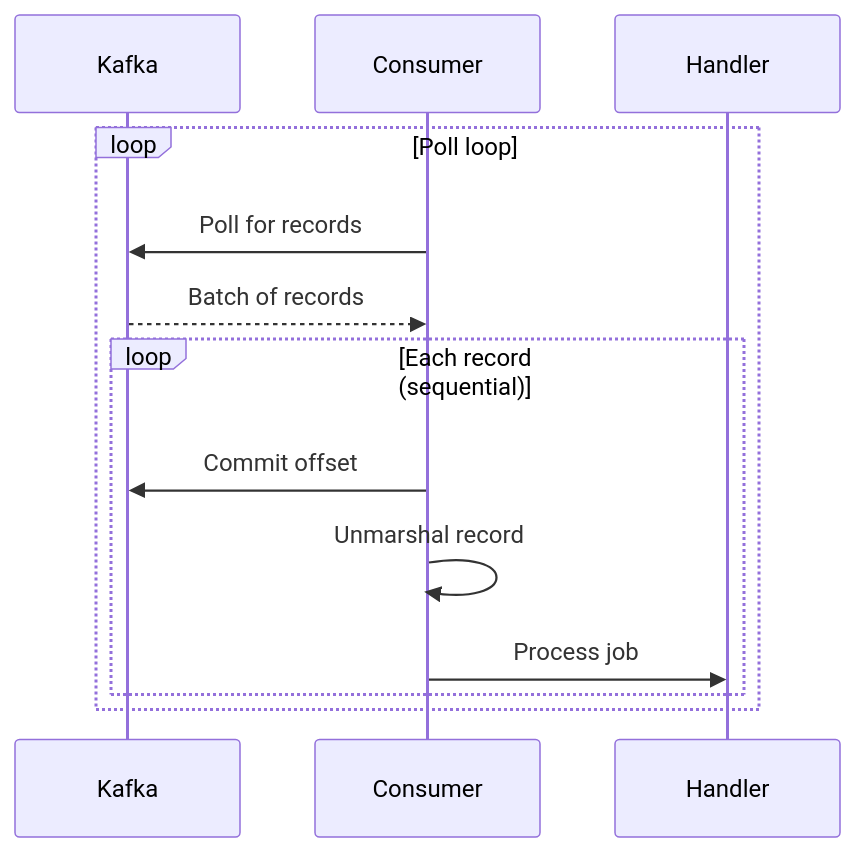
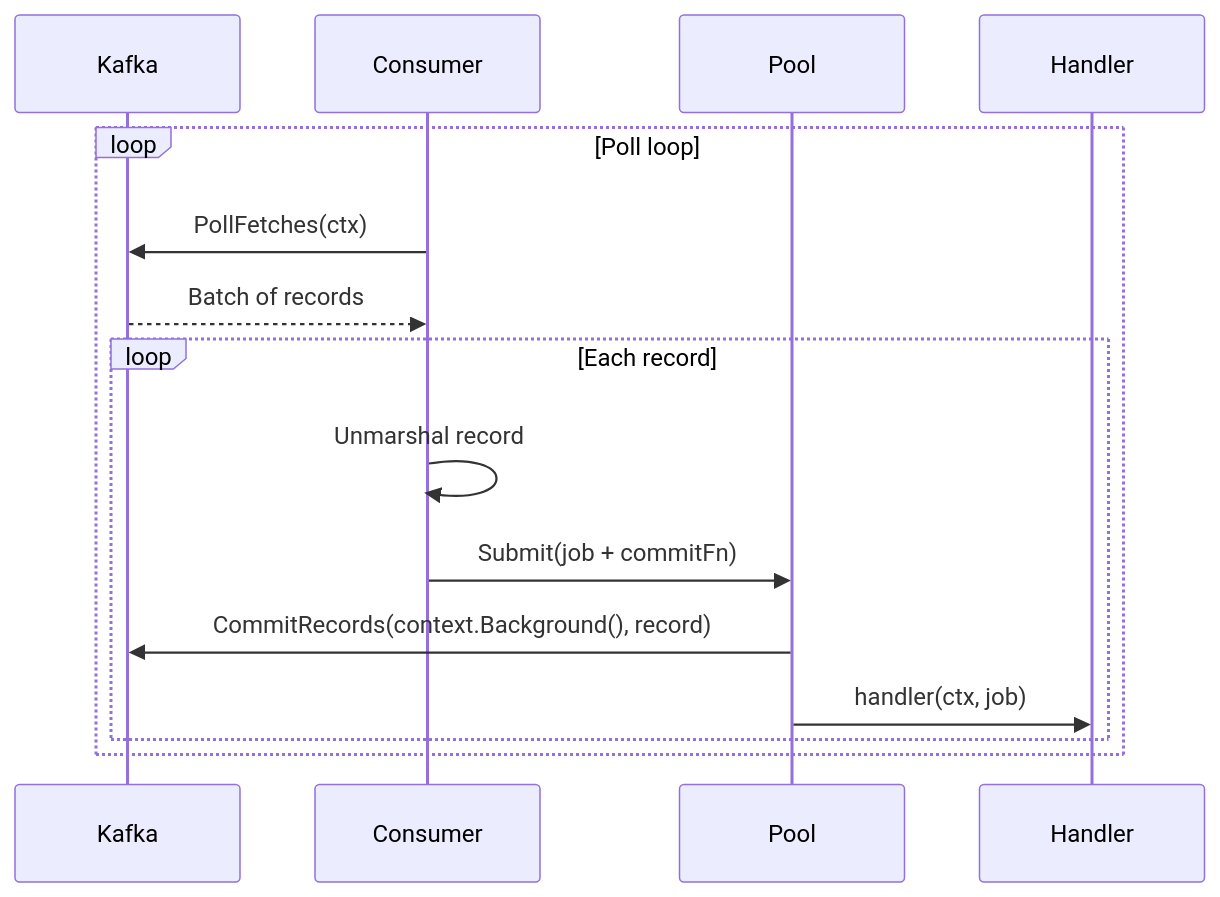
One commit to matmazurk/oidc-keepie changed the second of 10 diagrams in kafka/README.md. Above: the diagram before and after it, drawn with Mermaid. The commit also changed other lines of this file and 1 other file, not shown here.

First line of the commit message:
docs: update kafka and pool READMEs

````diff
--- a/kafka/README.md
+++ b/kafka/README.md
@@ -76,17 +109,19 @@
 ```mermaid
 sequenceDiagram
     participant Kafka
     participant Consumer
+    participant Pool
     participant Handler
 
     loop Poll loop
-        Consumer->>Kafka: Poll for records
+        Consumer->>Kafka: PollFetches(ctx)
         Kafka-->>Consumer: Batch of records
 
-        loop Each record (sequential)
-            Consumer->>Kafka: Commit offset
+        loop Each record
             Consumer->>Consumer: Unmarshal record
-            Consumer->>Handler: Process job
+            Consumer->>Pool: Submit(job + commitFn)
+            Pool->>Kafka: CommitRecords(context.Background(), record)
+            Pool->>Handler: handler(ctx, job)
         end
     end
 ```
````
